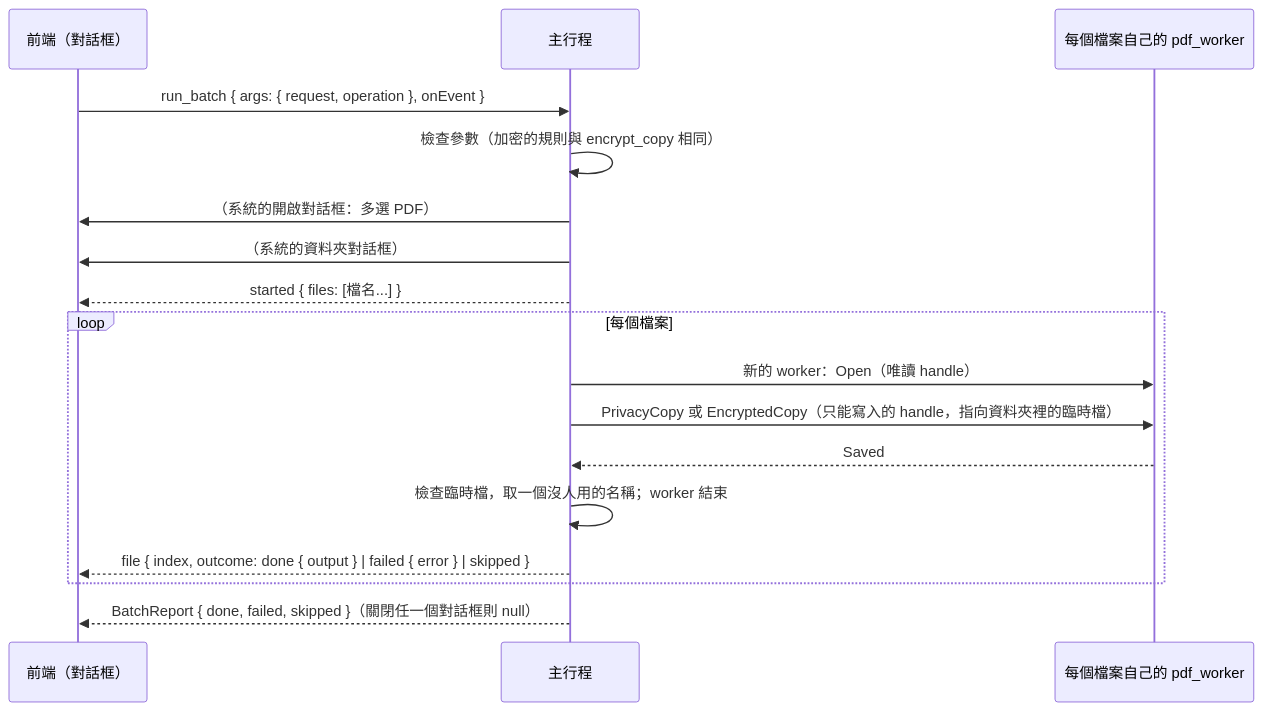
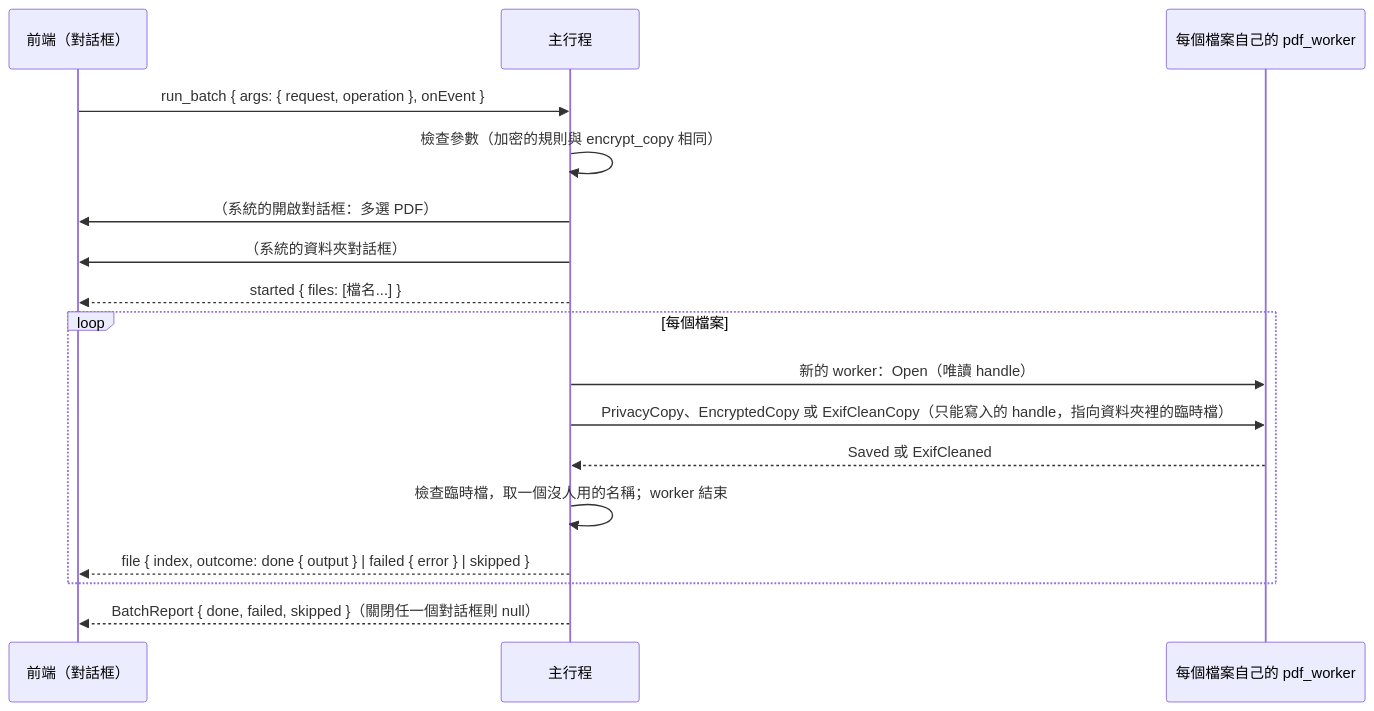
One commit to winner0988/Pdf-reader changed the diagram in docs/architecture/batch.md. Above: the diagram before and after it, drawn with Mermaid. The commit also changed other lines of this file and 34 other files, not shown here.

First line of the commit message:
feat: a batch copy without the EXIF of the pictures, which are not encoded again (B3-04)

````diff
--- a/docs/architecture/batch.md
+++ b/docs/architecture/batch.md
@@ -39,19 +61,19 @@
 ```mermaid
 sequenceDiagram
   participant F as 前端（對話框）
   participant M as 主行程
   participant W as 每個檔案自己的 pdf_worker
   F->>M: run_batch { args: { request, operation }, onEvent }
   M->>M: 檢查參數（加密的規則與 encrypt_copy 相同）
   M->>F: （系統的開啟對話框：多選 PDF）
   M->>F: （系統的資料夾對話框）
   M-->>F: started { files: [檔名...] }
   loop 每個檔案
     M->>W: 新的 worker：Open（唯讀 handle）
-    M->>W: PrivacyCopy 或 EncryptedCopy（只能寫入的 handle，指向資料夾裡的臨時檔）
-    W-->>M: Saved
+    M->>W: PrivacyCopy、EncryptedCopy 或 ExifCleanCopy（只能寫入的 handle，指向資料夾裡的臨時檔）
+    W-->>M: Saved 或 ExifCleaned
     M->>M: 檢查臨時檔，取一個沒人用的名稱；worker 結束
     M-->>F: file { index, outcome: done { output } | failed { error } | skipped }
   end
   M-->>F: BatchReport { done, failed, skipped }（關閉任一個對話框則 null）
 ```
````
